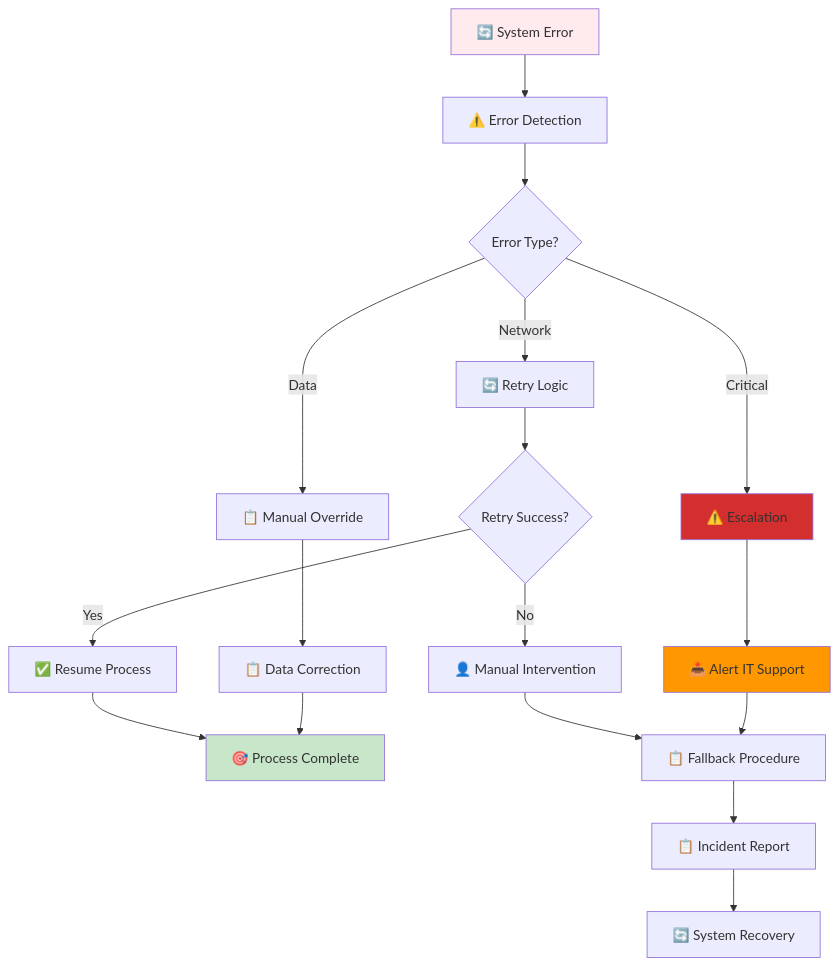
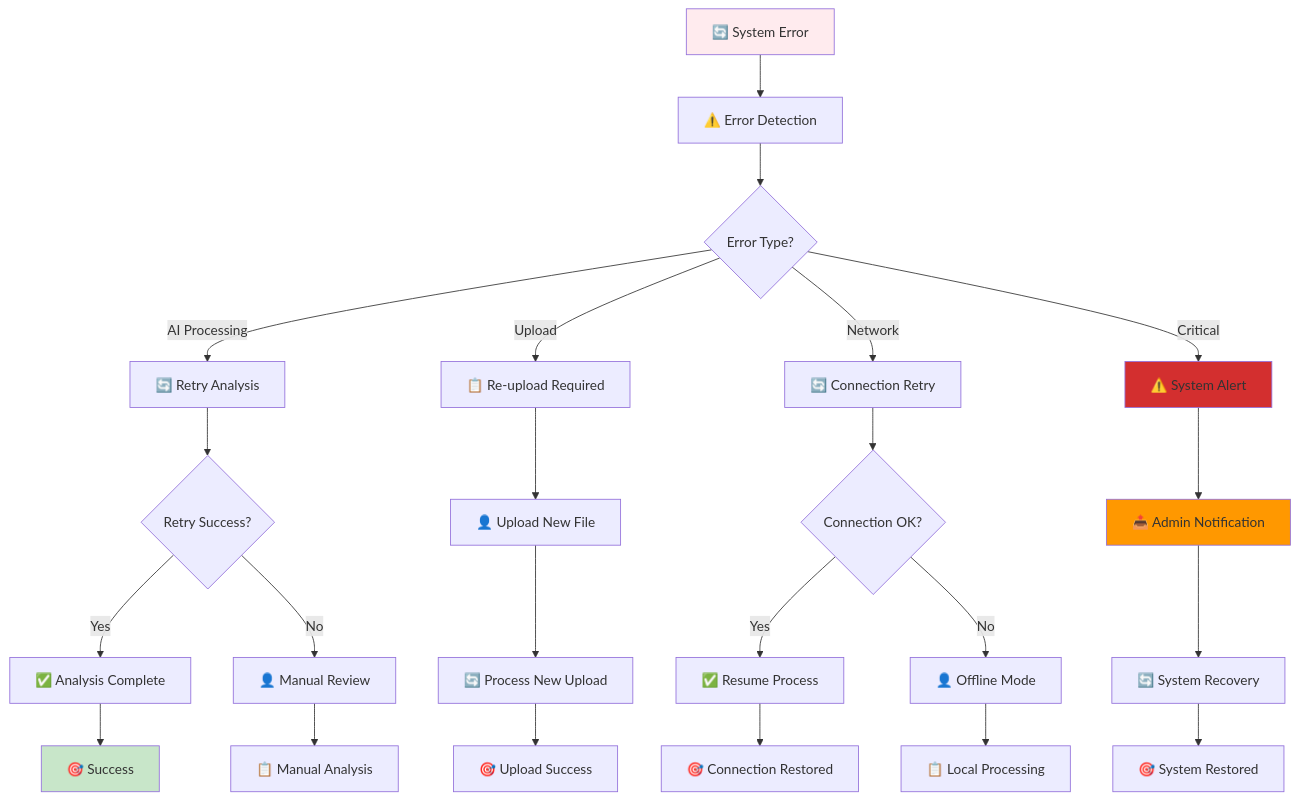
Before and after one commit to Duraman3444/PreExamChartingAgent: diagram 14 of 16 in docs/wireflow-diagrams.md, drawn with Mermaid. The commit also changed other lines of this file and 5 other files, not shown here.

````diff
--- a/docs/wireflow-diagrams.md
+++ b/docs/wireflow-diagrams.md
@@ -301,24 +444,30 @@
 ```mermaid
 flowchart TD
     A[🔄 System Error] --> B[⚠️ Error Detection]
     B --> C{Error Type?}
-    C -->|Network| D[🔄 Retry Logic]
-    C -->|Data| E[📋 Manual Override]
-    C -->|Critical| F[⚠️ Escalation]
-    D --> G{Retry Success?}
-    G -->|Yes| H[✅ Resume Process]
-    G -->|No| I[👤 Manual Intervention]
-    E --> J[📋 Data Correction]
-    F --> K[📤 Alert IT Support]
-    H --> L[🎯 Process Complete]
-    I --> M[📋 Fallback Procedure]
-    J --> L
-    K --> M
-    M --> N[📋 Incident Report]
-    N --> O[🔄 System Recovery]
+    C -->|AI Processing| D[🔄 Retry Analysis]
+    C -->|Upload| E[📋 Re-upload Required]
+    C -->|Network| F[🔄 Connection Retry]
+    C -->|Critical| G[⚠️ System Alert]
+    D --> H{Retry Success?}
+    E --> I[👤 Upload New File]
+    F --> J{Connection OK?}
+    G --> K[📤 Admin Notification]
+    H -->|Yes| L[✅ Analysis Complete]
+    H -->|No| M[👤 Manual Review]
+    I --> N[🔄 Process New Upload]
+    J -->|Yes| O[✅ Resume Process]
+    J -->|No| P[👤 Offline Mode]
+    K --> Q[🔄 System Recovery]
+    L --> R[🎯 Success]
+    M --> S[📋 Manual Analysis]
+    N --> T[🎯 Upload Success]
+    O --> U[🎯 Connection Restored]
+    P --> V[📋 Local Processing]
+    Q --> W[🎯 System Restored]
     
     style A fill:#ffebee
-    style L fill:#c8e6c9
-    style F fill:#d32f2f
+    style R fill:#c8e6c9
+    style G fill:#d32f2f
     style K fill:#ff9800
 ```
````
